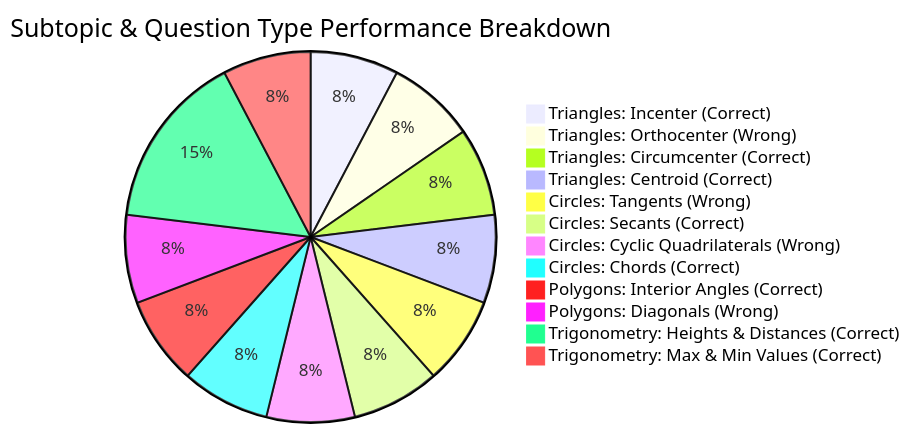
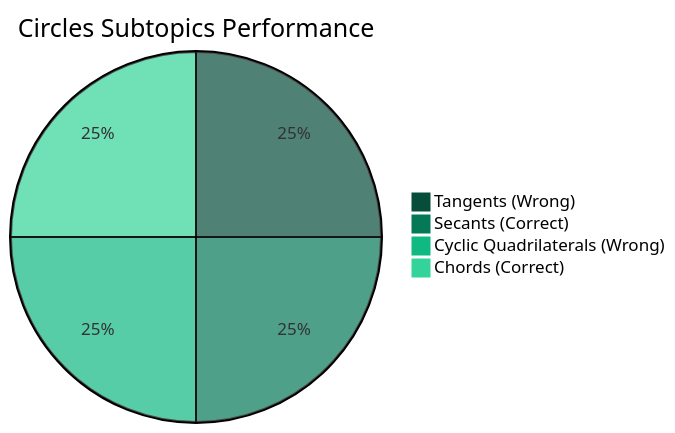
One commit to skc-coder/SAGE changed the fifth of 5 diagrams in .agents/skills/exam-analysis-master/SKILL.md. Above: the diagram before and after it, drawn with Mermaid. The commit also changed other lines of this file and 1 other file, not shown here.

Commit message:
feat(skill): apply explicit themeVariables color palettes for topic-specific subtopic pie chart shading
- Standard Mermaid pie chart color assignment cycles global themes, so we now use explicit Mermaid %%{init: {'themeVariables': ...}}%% directives per topic
- Separate subtopics into dedicated topic pie charts (Triangles in Blue shades, Circles in Emerald/Teal shades, Trigonometry/Algebra in Purple shades)
- Update SKILL.md rules to mandate themeVariables initialization block for per-topic subtopic color shading

````diff
--- a/.agents/skills/exam-analysis-master/SKILL.md
+++ b/.agents/skills/exam-analysis-master/SKILL.md
@@ -125,15 +135,8 @@
 ```mermaid
-pie title Subtopic & Question Type Performance Breakdown
-    "Triangles: Incenter (Correct)" : 1
-    "Triangles: Orthocenter (Wrong)" : 1
-    "Triangles: Circumcenter (Correct)" : 1
-    "Triangles: Centroid (Correct)" : 1
-    "Circles: Tangents (Wrong)" : 1
-    "Circles: Secants (Correct)" : 1
-    "Circles: Cyclic Quadrilaterals (Wrong)" : 1
-    "Circles: Chords (Correct)" : 1
-    "Polygons: Interior Angles (Correct)" : 1
-    "Polygons: Diagonals (Wrong)" : 1
-    "Trigonometry: Heights & Distances (Correct)" : 2
-    "Trigonometry: Max & Min Values (Correct)" : 1
+%%{init: {'themeVariables': { 'pie1': '#064e3b', 'pie2': '#047857', 'pie3': '#10b981', 'pie4': '#34d399'}}}%%
+pie title Circles Subtopics Performance
+    "Tangents (Wrong)" : 1
+    "Secants (Correct)" : 1
+    "Cyclic Quadrilaterals (Wrong)" : 1
+    "Chords (Correct)" : 1
 ```
````
